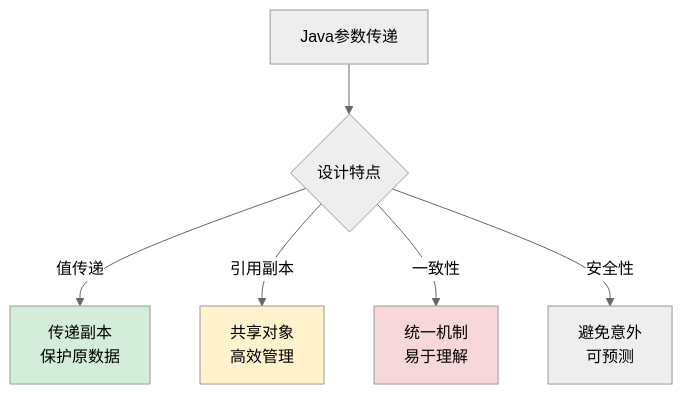
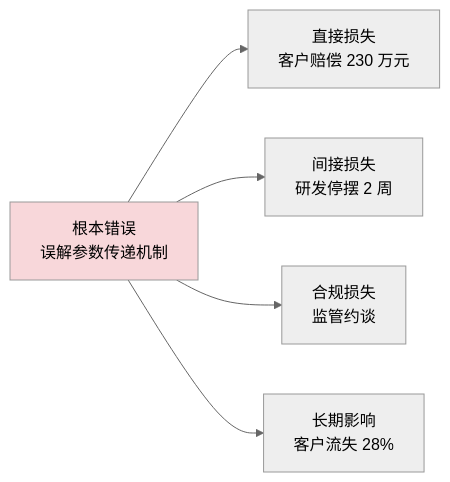
Diagram 17 of 33 in 00.通用技术的提升/02.程序编程原理/03.值型变量和引用.md (chongyang211/YCBookBlog), drawn with Mermaid (neutral theme) before and after one commit. The commit also changed other lines of this file and 6 other files, not shown here.

````diff
--- a/00.通用技术的提升/02.程序编程原理/03.值型变量和引用.md
+++ b/00.通用技术的提升/02.程序编程原理/03.值型变量和引用.md
@@ -819,12 +950,9 @@
 ```mermaid
-graph TB
-    A[Java参数传递] --> B{设计特点}
-    B -->|值传递| C[传递副本<br/>保护原数据]
-    B -->|引用副本| D[共享对象<br/>高效管理]
-    B -->|一致性| E[统一机制<br/>易于理解]
-    B -->|安全性| F[避免意外<br/>可预测]
-    
-    style C fill:#d4edda
-    style D fill:#fff3cd
-    style E fill:#f8d7da
+flowchart LR
+    A[根本错误<br/>误解参数传递机制] --> B[直接损失<br/>客户赔偿 230 万元]
+    A --> C[间接损失<br/>研发停摆 2 周]
+    A --> D[合规损失<br/>监管约谈]
+    A --> E[长期影响<br/>客户流失 28%]
+
+    style A fill:#f8d7da
 ```
````
